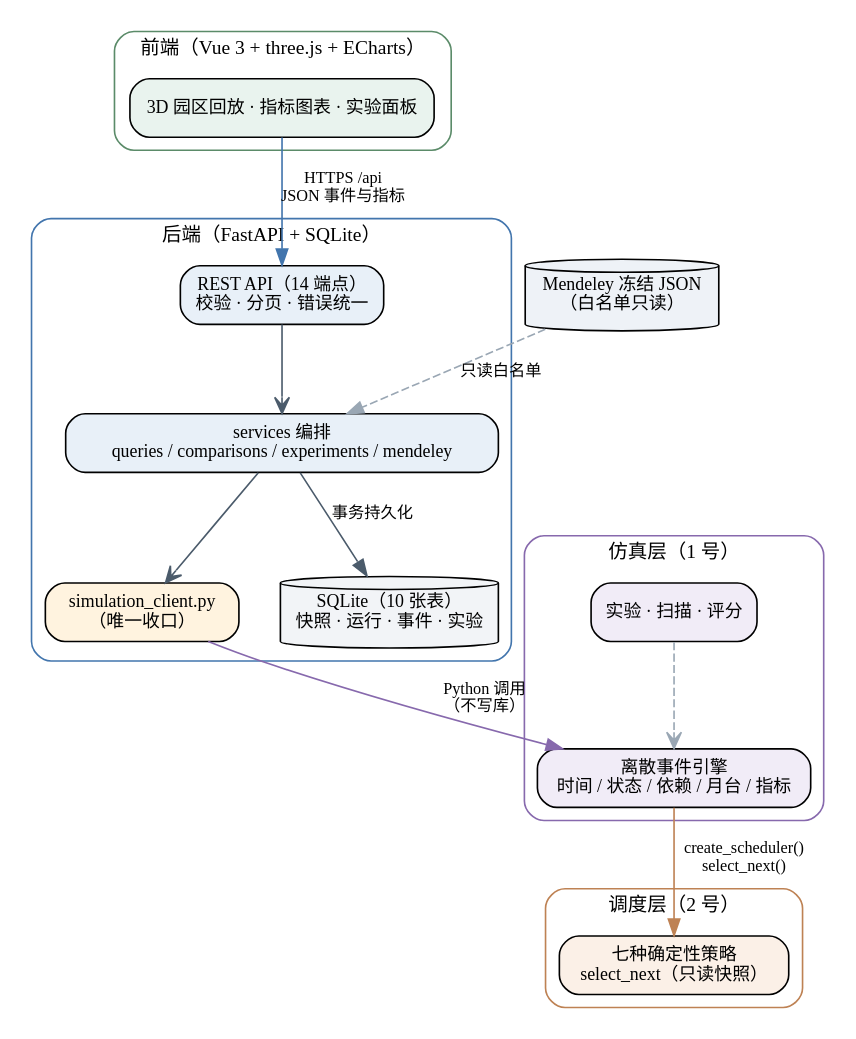
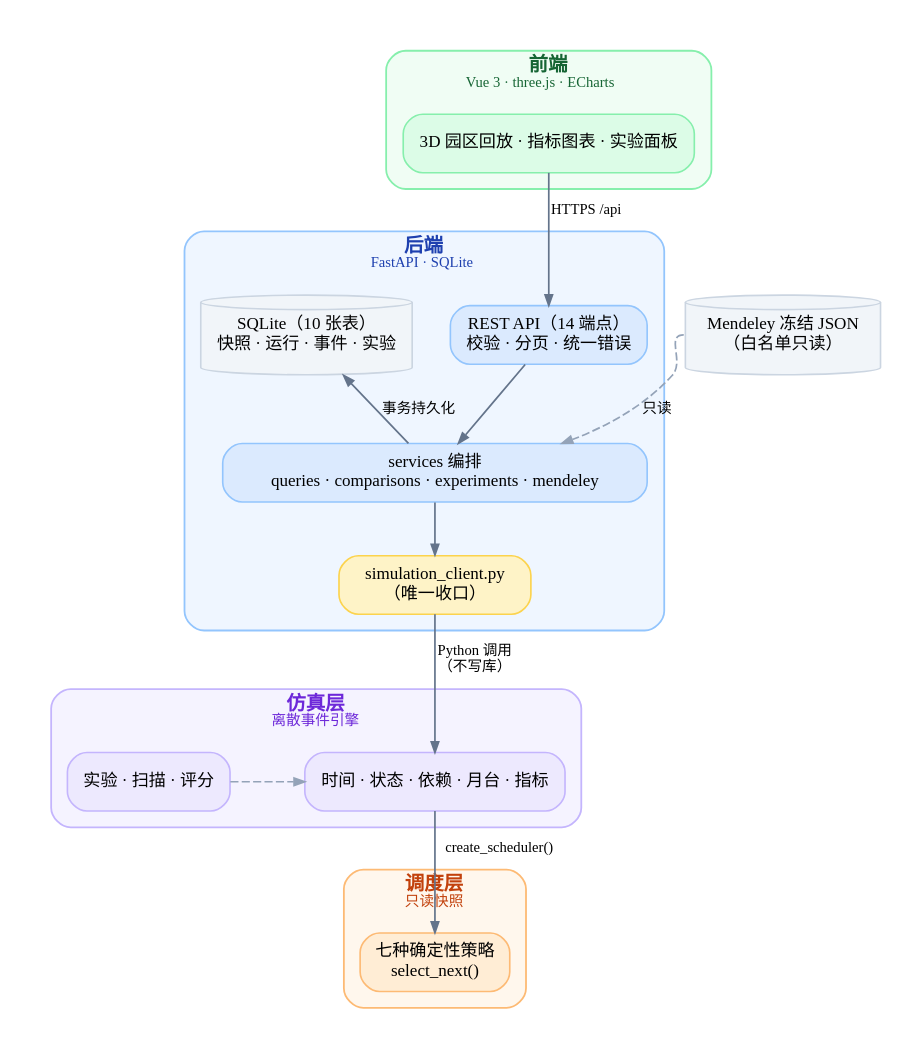
The diagram in figures/src/fig01_architecture.dot (threeEightZeroEight/dockflow-os-repro), drawn with Graphviz before and after one commit. The commit also changed 6 other files, not shown here.

Commit message:
style(repro): refresh architecture, state-machine and dependency diagrams

```diff
--- a/figures/src/fig01_architecture.dot
+++ b/figures/src/fig01_architecture.dot
@@ -1,38 +1,56 @@
 digraph architecture {
 
-  graph [bgcolor="white", fontname="Hiragino Sans GB", fontsize=12];
-  node [fontname="Hiragino Sans GB", fontsize=11];
-  edge [fontname="Hiragino Sans GB", fontsize=10, color="#4b5b6b"];
+  graph [bgcolor="white", fontname="Hiragino Sans GB", fontsize=11, pad=0.22,
+         nodesep=0.32, ranksep=0.45, splines=true];
+  node [fontname="Hiragino Sans GB", fontsize=10.5, shape=box, style="rounded,filled",
+        color="#94A3B8", penwidth=1.0, fillcolor="#F8FAFC", margin="0.12,0.08"];
+  edge [fontname="Hiragino Sans GB", fontsize=9, color="#64748B", penwidth=1.05, arrowsize=0.65];
 
-  rankdir=TB; nodesep=0.35; ranksep=0.55; compound=true;
+  rankdir=TB; newrank=true; compound=true;
+
   subgraph cluster_fe {
-    label="前端（Vue 3 + three.js + ECharts）"; color="#5b8b69"; style="rounded";
-    fe [label="3D 园区回放 · 指标图表 · 实验面板", shape=box, style="rounded,filled", fillcolor="#e9f3ee"];
+    label=<<b>前端</b><br/><font point-size="9">Vue 3 · three.js · ECharts</font>>;
+    fontsize=12; fontcolor="#166534"; color="#86EFAC"; penwidth=1.1;
+    style="rounded,filled"; fillcolor="#F0FDF4"; margin=10;
+    fe [label="3D 园区回放 · 指标图表 · 实验面板", fillcolor="#DCFCE7", color="#86EFAC"];
   }
+
   subgraph cluster_be {
-    label="后端（FastAPI + SQLite）"; color="#4275ad"; style="rounded";
-    api [label="REST API（14 端点）\n校验 · 分页 · 错误统一", shape=box, style="rounded,filled", fillcolor="#e8f0f8"];
-    svc [label="services 编排\nqueries / comparisons / experiments / mendeley", shape=box, style="rounded,filled", fillcolor="#e8f0f8"];
-    client [label="simulation_client.py\n（唯一收口）", shape=box, style="rounded,filled", fillcolor="#fff3df"];
-    db [label="SQLite（10 张表）\n快照 · 运行 · 事件 · 实验", shape=cylinder, style="filled", fillcolor="#f2f4f7"];
+    label=<<b>后端</b><br/><font point-size="9">FastAPI · SQLite</font>>;
+    fontsize=12; fontcolor="#1E40AF"; color="#93C5FD"; penwidth=1.1;
+    style="rounded,filled"; fillcolor="#EFF6FF"; margin=10;
+    api [label="REST API（14 端点）\n校验 · 分页 · 统一错误", fillcolor="#DBEAFE", color="#93C5FD"];
+    svc [label="services 编排\nqueries · comparisons · experiments · mendeley", fillcolor="#DBEAFE", color="#93C5FD"];
+    client [label="simulation_client.py\n（唯一收口）", fillcolor="#FEF3C7", color="#FCD34D"];
+    db [label="SQLite（10 张表）\n快照 · 运行 · 事件 · 实验", shape=cylinder, fillcolor="#F1F5F9", color="#CBD5E1"];
   }
+
   subgraph cluster_sim {
-    label="仿真层（1 号）"; color="#8769ad"; style="rounded";
-    engine [label="离散事件引擎\n时间 / 状态 / 依赖 / 月台 / 指标", shape=box, style="rounded,filled", fillcolor="#f1ecf7"];
-    exps [label="实验 · 扫描 · 评分", shape=box, style="rounded,filled", fillcolor="#f1ecf7"];
+    label=<<b>仿真层</b><br/><font point-size="9">离散事件引擎</font>>;
+    fontsize=12; fontcolor="#6D28D9"; color="#C4B5FD"; penwidth=1.1;
+    style="rounded,filled"; fillcolor="#F5F3FF"; margin=10;
+    engine [label="时间 · 状态 · 依赖 · 月台 · 指标", fillcolor="#EDE9FE", color="#C4B5FD"];
+    exps [label="实验 · 扫描 · 评分", fillcolor="#EDE9FE", color="#C4B5FD"];
   }
+
   subgraph cluster_sched {
-    label="调度层（2 号）"; color="#be8254"; style="rounded";
-    sched [label="七种确定性策略\nselect_next（只读快照）", shape=box, style="rounded,filled", fillcolor="#fbf0e7"];
+    label=<<b>调度层</b><br/><font point-size="9">只读快照</font>>;
+    fontsize=12; fontcolor="#C2410C"; color="#FDBA74"; penwidth=1.1;
+    style="rounded,filled"; fillcolor="#FFF7ED"; margin=10;
+    sched [label="七种确定性策略\nselect_next()", fillcolor="#FFEDD5", color="#FDBA74"];
   }
-  data [label="Mendeley 冻结 JSON\n（白名单只读）", shape=cylinder, style="filled", fillcolor="#eef2f7"];
 
-  fe -> api [label="HTTPS /api\nJSON 事件与指标", color="#4275ad"];
-  api -> svc [arrowhead=vee];
-  svc -> client [arrowhead=vee];
-  client -> engine [label="Python 调用\n（不写库）", color="#8769ad"];
-  engine -> sched [label="create_scheduler()\nselect_next()", color="#be8254"];
-  svc -> db [label="事务持久化", color="#4b5b6b"];
-  data -> svc [label="只读白名单", style=dashed, color="#9aa7b4"];
-  exps -> engine [style=dashed, arrowhead=vee, color="#9aa7b4"];
+  data [label="Mendeley 冻结 JSON\n（白名单只读）", shape=cylinder, fillcolor="#F1F5F9", color="#CBD5E1"];
+
+  fe -> api [label="HTTPS /api"];
+  api -> svc;
+  svc -> client;
+  client -> engine [label="Python 调用\n（不写库）"];
+  engine -> sched [label="create_scheduler()"];
+  svc -> db [label="事务持久化", constraint=false];
+  data -> svc [label="只读", style=dashed, color="#94A3B8", tailport=w];
+  exps -> engine [style=dashed, color="#94A3B8"];
+
+  { rank=same; engine; exps; }
+  { rank=same; db; data; }
 }
```
